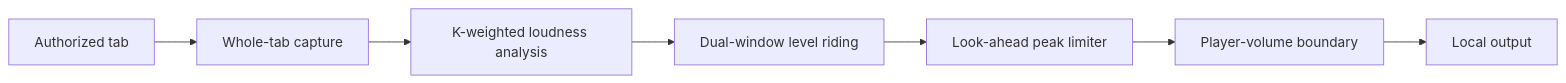
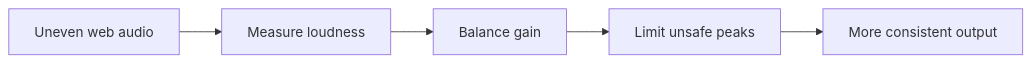
The diagram in README.md (WSL043/loudease), drawn with Mermaid before and after one commit. The commit also changed other lines of this file and 10 other files, not shown here.

````diff
--- a/README.md
+++ b/README.md
@@ -57,9 +55,7 @@
 ```mermaid
 flowchart LR
-  A[Authorized tab] --> B[Whole-tab capture]
-  B --> C[K-weighted loudness analysis]
-  C --> D[Dual-window level riding]
-  D --> E[Look-ahead peak limiter]
-  E --> F[Player-volume boundary]
-  F --> G[Local output]
+  A["Uneven web audio"] --> B["Measure loudness"]
+  B --> C["Balance gain"]
+  C --> D["Limit unsafe peaks"]
+  D --> E["More consistent output"]
 ```
````
